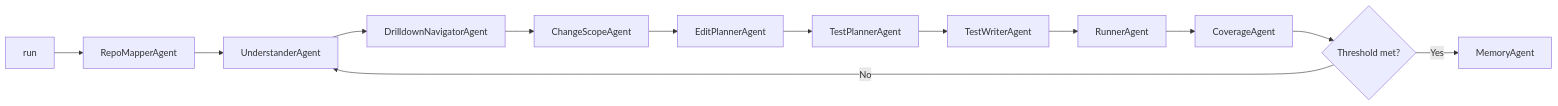
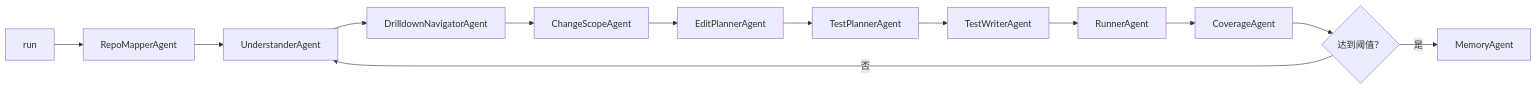
Before and after one commit to Gavinluo/Oscar: the fourth of 4 diagrams in ARCHITECTURE.md, drawn with Mermaid. The commit also changed other lines of this file and 15 other files, not shown here.

````diff
--- a/ARCHITECTURE.md
+++ b/ARCHITECTURE.md
@@ -92,15 +91,15 @@
 ```mermaid
 flowchart LR
     A["run"] --> B["RepoMapperAgent"]
     B --> C["UnderstanderAgent"]
     C --> D["DrilldownNavigatorAgent"]
     D --> E["ChangeScopeAgent"]
     E --> F["EditPlannerAgent"]
     F --> G["TestPlannerAgent"]
     G --> H["TestWriterAgent"]
     H --> I["RunnerAgent"]
     I --> J["CoverageAgent"]
-    J --> K{"Threshold met?"}
-    K -- "No" --> C
-    K -- "Yes" --> L["MemoryAgent"]
+    J --> K{"达到阈值？"}
+    K -- "否" --> C
+    K -- "是" --> L["MemoryAgent"]
 ```
````
